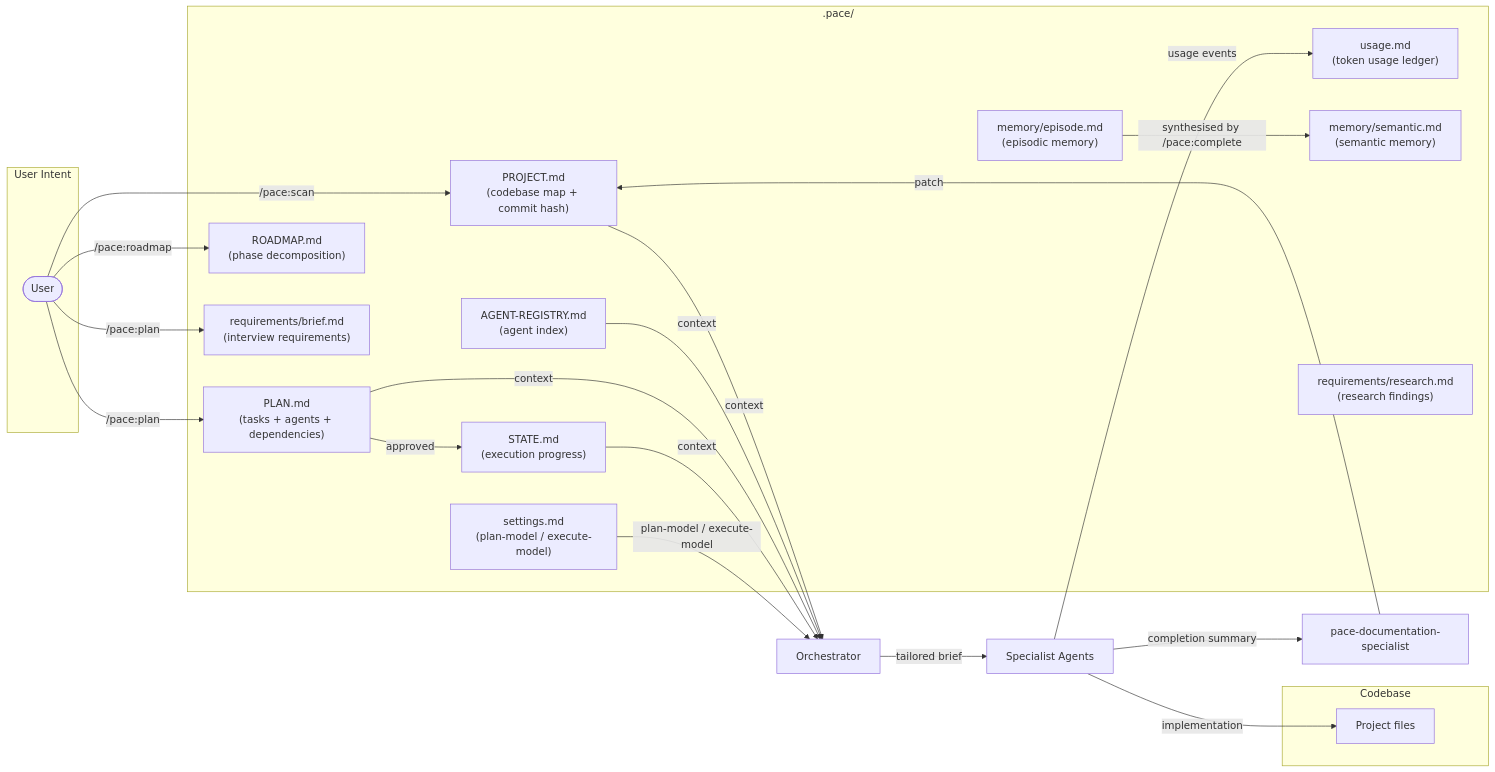
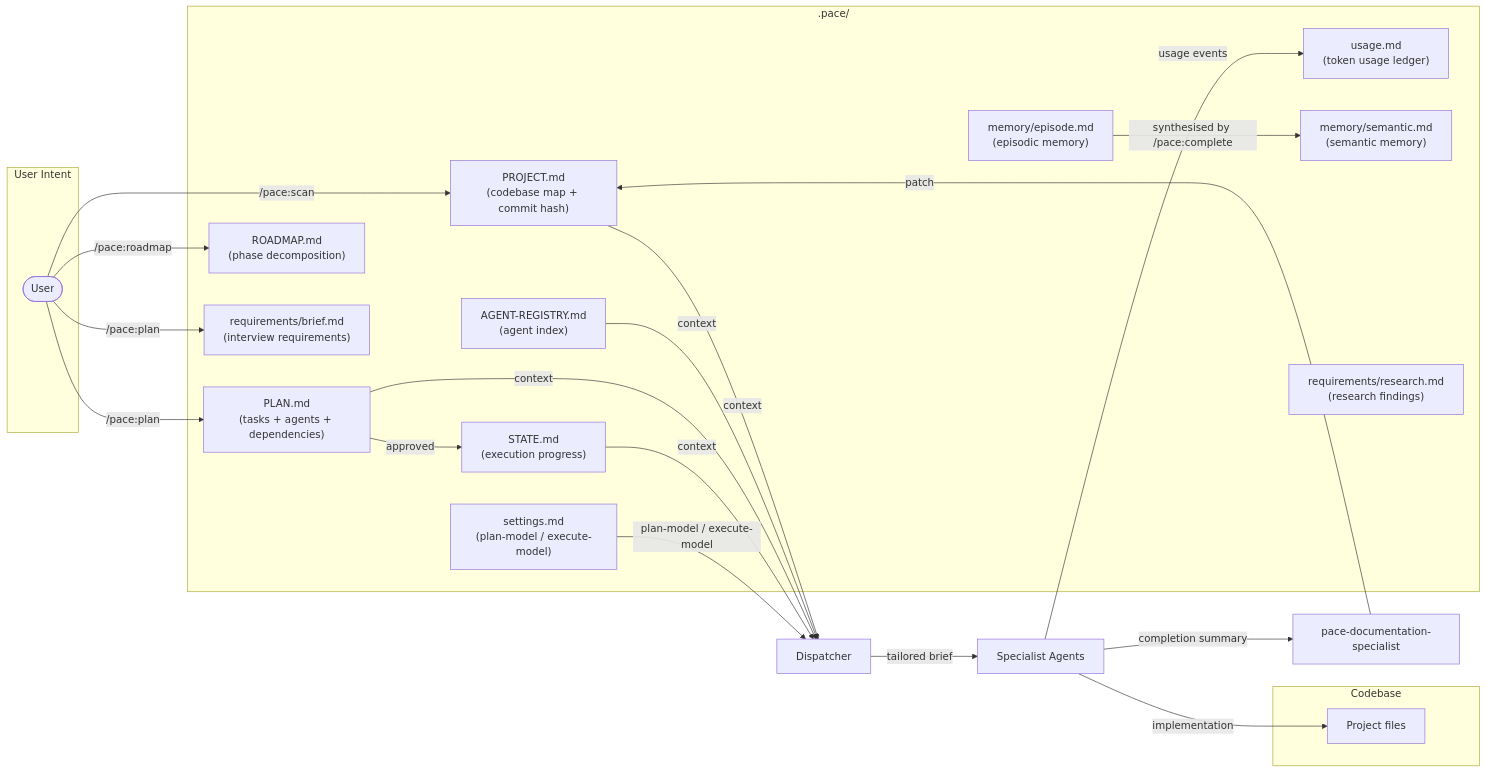
One commit to jwprichard/pace changed the fourth of 6 diagrams in docs/architecture.md. Above: the diagram before and after it, drawn with Mermaid. The commit also changed other lines of this file and 17 other files, not shown here.

````diff
--- a/docs/architecture.md
+++ b/docs/architecture.md
@@ -100,38 +100,38 @@
 ```mermaid
 flowchart LR
     subgraph inputs["User Intent"]
         user(["User"])
     end
 
     subgraph runtime[".pace/"]
         project["PROJECT.md\n(codebase map + commit hash)"]
         registry["AGENT-REGISTRY.md\n(agent index)"]
         plan["PLAN.md\n(tasks + agents + dependencies)"]
         state["STATE.md\n(execution progress)"]
         settings["settings.md\n(plan-model / execute-model)"]
         usagemd["usage.md\n(token usage ledger)"]
         roadmapmd["ROADMAP.md\n(phase decomposition)"]
         episode["memory/episode.md\n(episodic memory)"]
         semantic["memory/semantic.md\n(semantic memory)"]
         brief["requirements/brief.md\n(interview requirements)"]
         research["requirements/research.md\n(research findings)"]
     end
 
     subgraph outputs["Codebase"]
         code["Project files"]
     end
 
     user -->|"/pace:scan"| project
     user -->|"/pace:roadmap"| roadmapmd
     user -->|"/pace:plan"| plan
     user -->|"/pace:plan"| brief
     plan -->|approved| state
-    project & registry & plan & state -->|context| orchestrator["Orchestrator"]
+    project & registry & plan & state -->|context| orchestrator["Dispatcher"]
     settings -->|plan-model / execute-model| orchestrator
     orchestrator -->|tailored brief| specialists["Specialist Agents"]
     specialists -->|completion summary| docspec["pace-documentation-specialist"]
     specialists -->|implementation| code
     docspec -->|patch| project
     specialists -->|usage events| usagemd
     episode -->|synthesised by /pace:complete| semantic
 ```
````
